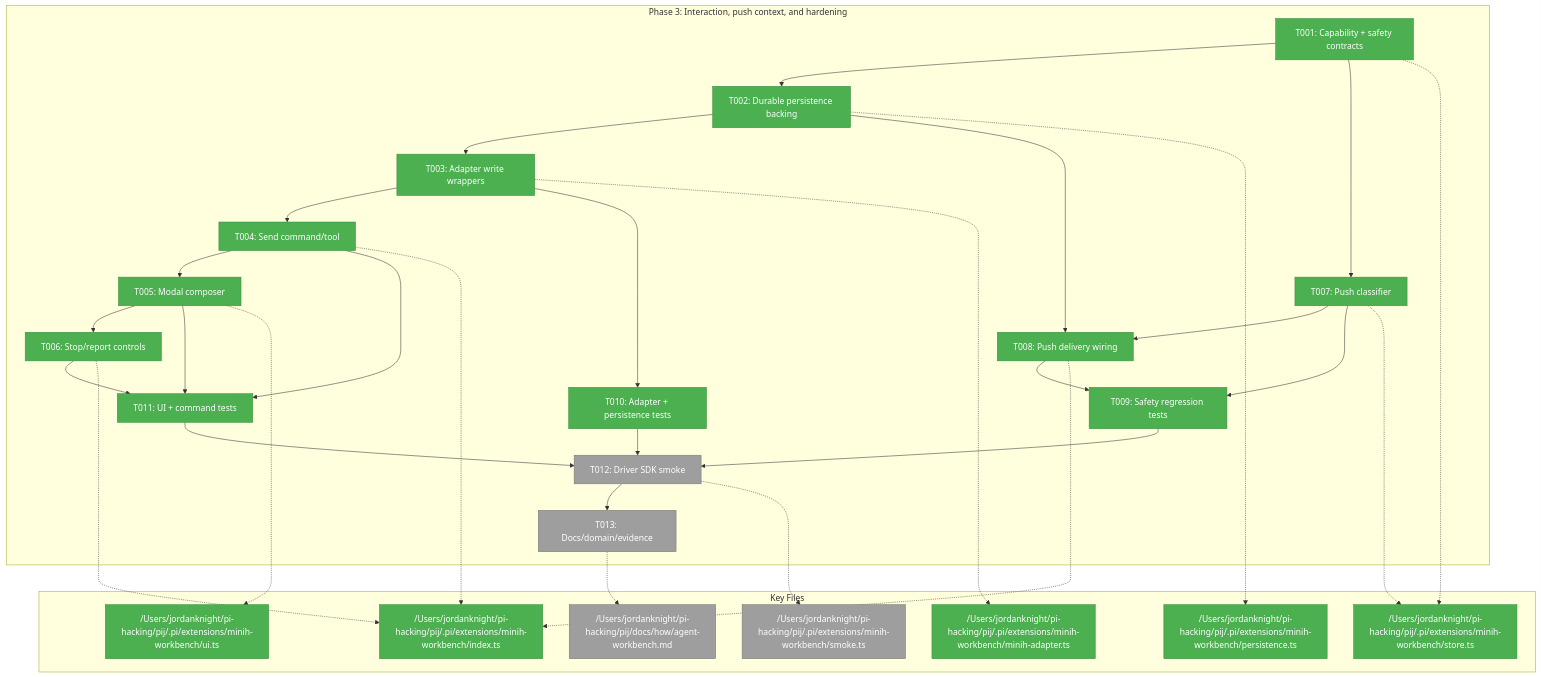
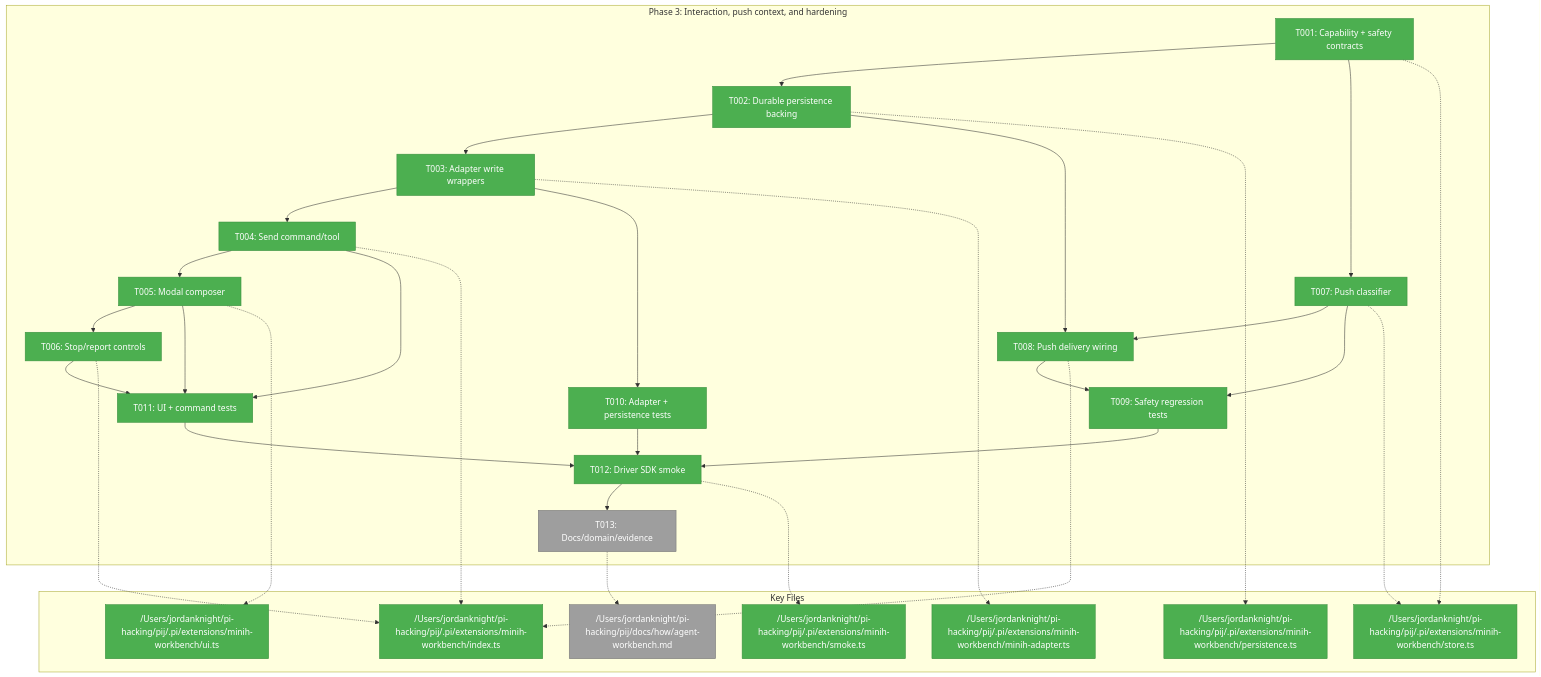
Before and after one commit to vaughanknight/pij: the first of 3 diagrams in docs/plans/007-options-for-pi-extensions-that-do-subagents/tasks/phase-3-interaction-push-context-and-hardening/tasks.md, drawn with Mermaid. The commit also changed other lines of this file and 4 other files, not shown here.

Commit message:
test(minih): smoke phase 3 interactions

````diff
--- a/docs/plans/007-options-for-pi-extensions-that-do-subagents/tasks/phase-3-interaction-push-context-and-hardening/tasks.md
+++ b/docs/plans/007-options-for-pi-extensions-that-do-subagents/tasks/phase-3-interaction-push-context-and-hardening/tasks.md
@@ -183,55 +183,55 @@
 ```mermaid
 flowchart TD
     classDef pending fill:#9E9E9E,stroke:#757575,color:#fff
     classDef inprogress fill:#FFC107,stroke:#FFA000,color:#000
     classDef completed fill:#4CAF50,stroke:#388E3C,color:#fff
 
     subgraph Phase["Phase 3: Interaction, push context, and hardening"]
         T001["T001: Capability + safety contracts"]:::completed
         T002["T002: Durable persistence backing"]:::completed
         T003["T003: Adapter write wrappers"]:::completed
         T004["T004: Send command/tool"]:::completed
         T005["T005: Modal composer"]:::completed
         T006["T006: Stop/report controls"]:::completed
         T007["T007: Push classifier"]:::completed
         T008["T008: Push delivery wiring"]:::completed
         T009["T009: Safety regression tests"]:::completed
         T010["T010: Adapter + persistence tests"]:::completed
         T011["T011: UI + command tests"]:::completed
-        T012["T012: Driver SDK smoke"]:::pending
+        T012["T012: Driver SDK smoke"]:::completed
         T013["T013: Docs/domain/evidence"]:::pending
         T001 --> T002 --> T003 --> T004 --> T005 --> T006
         T001 --> T007 --> T008
         T002 --> T008
         T003 --> T010
         T004 --> T011
         T005 --> T011
         T006 --> T011
         T007 --> T009
         T008 --> T009
         T009 --> T012 --> T013
         T010 --> T012
         T011 --> T012
     end
 
     subgraph Files["Key Files"]
         F1["/Users/jordanknight/pi-hacking/pij/.pi/extensions/minih-workbench/store.ts"]:::completed
         F2["/Users/jordanknight/pi-hacking/pij/.pi/extensions/minih-workbench/persistence.ts"]:::completed
         F3["/Users/jordanknight/pi-hacking/pij/.pi/extensions/minih-workbench/minih-adapter.ts"]:::completed
         F4["/Users/jordanknight/pi-hacking/pij/.pi/extensions/minih-workbench/index.ts"]:::completed
         F5["/Users/jordanknight/pi-hacking/pij/.pi/extensions/minih-workbench/ui.ts"]:::completed
-        F6["/Users/jordanknight/pi-hacking/pij/.pi/extensions/minih-workbench/smoke.ts"]:::pending
+        F6["/Users/jordanknight/pi-hacking/pij/.pi/extensions/minih-workbench/smoke.ts"]:::completed
         F7["/Users/jordanknight/pi-hacking/pij/docs/how/agent-workbench.md"]:::pending
     end
 
     T001 -.-> F1
     T002 -.-> F2
     T003 -.-> F3
     T004 -.-> F4
     T005 -.-> F5
     T006 -.-> F4
     T007 -.-> F1
     T008 -.-> F4
     T012 -.-> F6
     T013 -.-> F7
 ```
````
